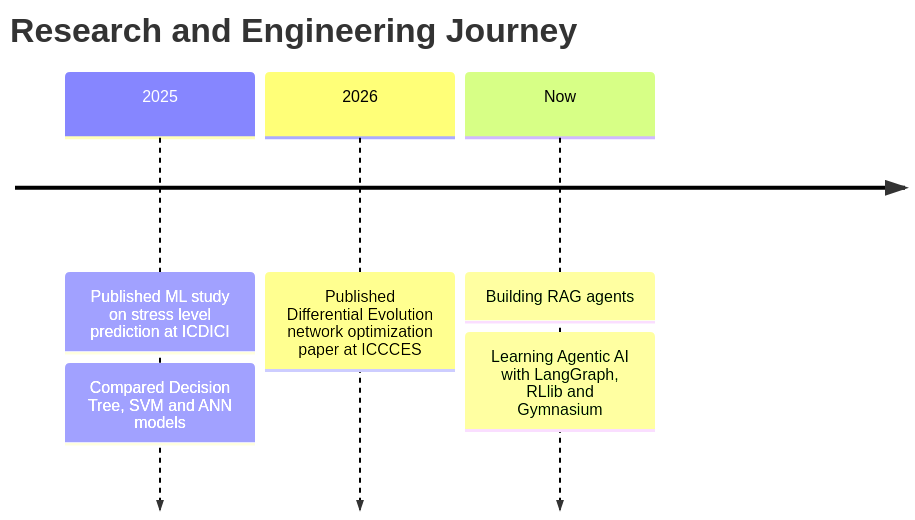
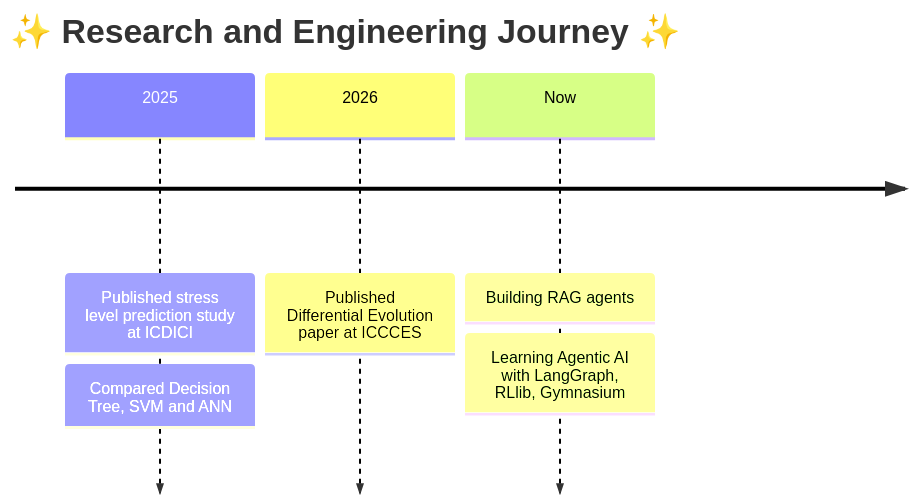
One commit to Chitresh-Bhatia-264/Chitresh-Bhatia-264 changed the first of 2 diagrams in README.md. Above: the diagram before and after it, drawn with Mermaid. The commit also changed other lines of this file, not shown here.

````diff
--- a/README.md
+++ b/README.md
@@ -84,9 +90,9 @@
 ```mermaid
 timeline
-    title Research and Engineering Journey
-    2025 : Published ML study on stress level prediction at ICDICI
-         : Compared Decision Tree, SVM and ANN models
-    2026 : Published Differential Evolution network optimization paper at ICCCES
+    title ✨ Research and Engineering Journey ✨
+    2025 : Published stress level prediction study at ICDICI
+         : Compared Decision Tree, SVM and ANN
+    2026 : Published Differential Evolution paper at ICCCES
     Now  : Building RAG agents
-         : Learning Agentic AI with LangGraph, RLlib and Gymnasium
+         : Learning Agentic AI with LangGraph, RLlib, Gymnasium
 ```
````
